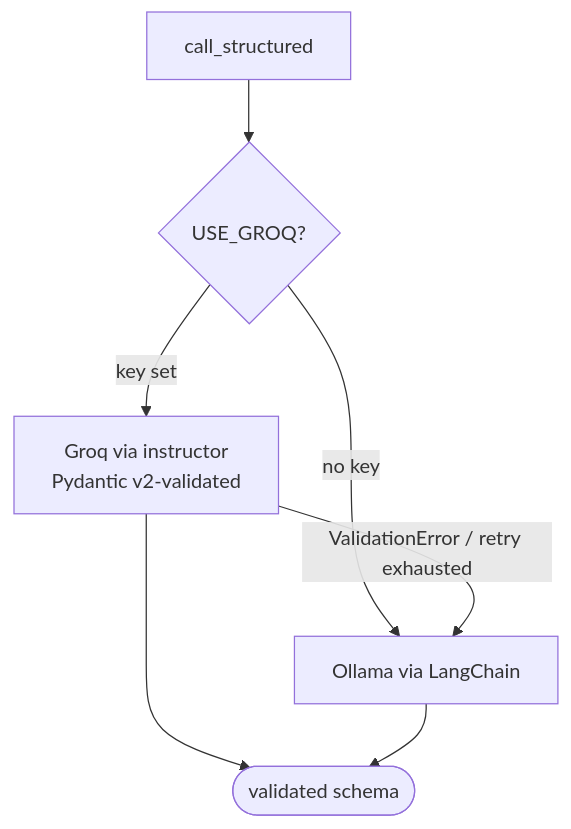
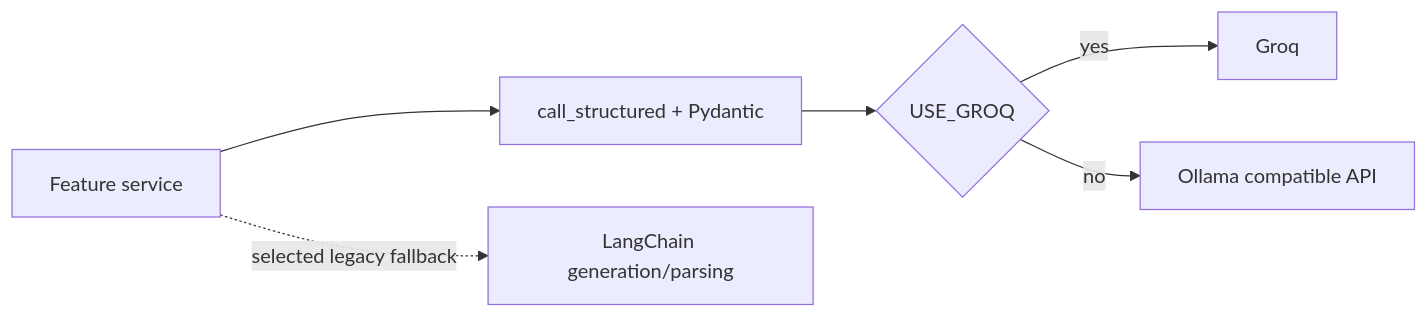
The fourth of 5 diagrams in docs/ARCHITECTURE.md (deeason7/ai-career-hub), drawn with Mermaid before and after one commit. The commit also changed other lines of this file and 32 other files, not shown here.

````diff
--- a/docs/ARCHITECTURE.md
+++ b/docs/ARCHITECTURE.md
@@ -132,9 +141,8 @@
 ```mermaid
-flowchart TB
-    call[call_structured] --> q{USE_GROQ?}
-    q -->|key set| groq[Groq via instructor<br/>Pydantic v2-validated]
-    q -->|no key| ollama[Ollama via LangChain]
-    groq -->|ValidationError / retry exhausted| ollama
-    groq --> ok([validated schema])
-    ollama --> ok
+flowchart LR
+    feature[Feature service] --> structured[call_structured + Pydantic]
+    structured --> provider{USE_GROQ}
+    provider -->|yes| groq[Groq]
+    provider -->|no| ollama[Ollama compatible API]
+    feature -.->|selected legacy fallback| legacy[LangChain generation/parsing]
 ```
````
